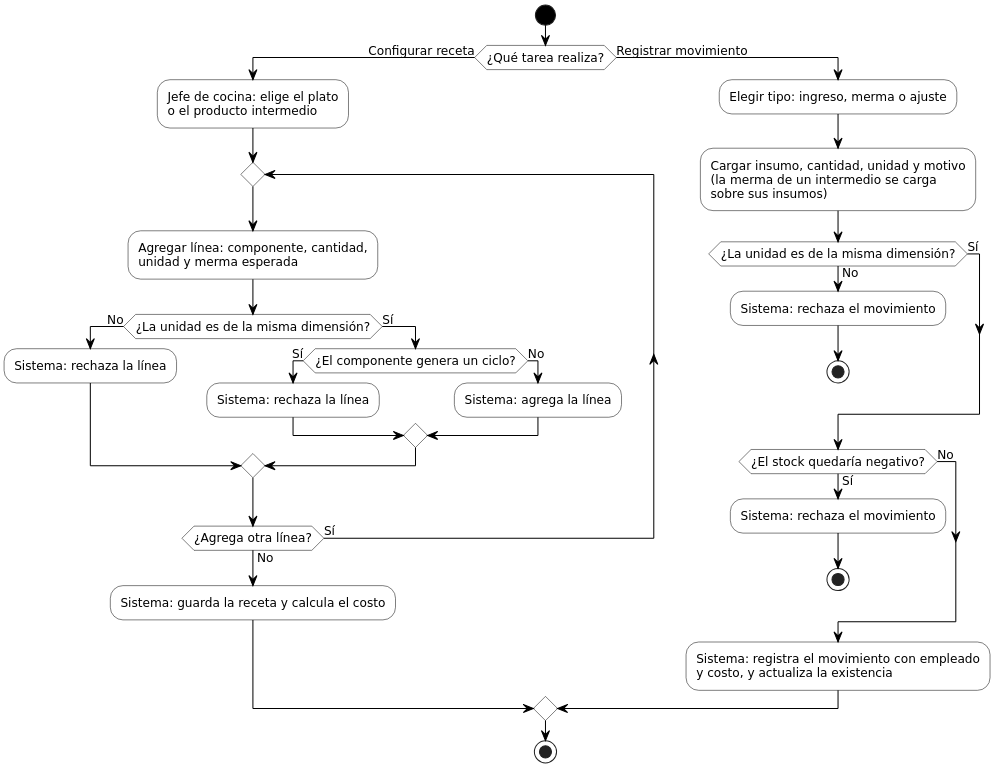
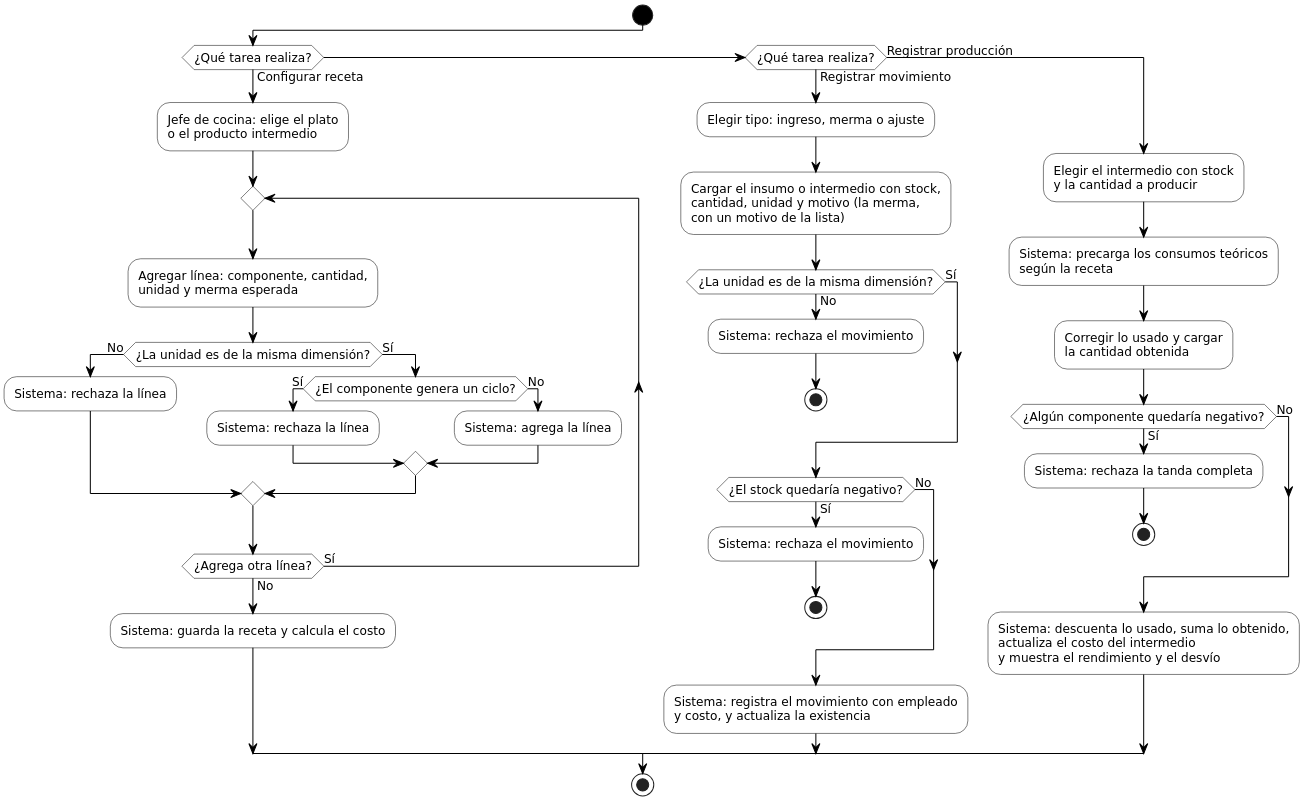
One commit to GabrielLigresti/TFG-PGIM changed the diagram in docs/modelos/actividad/4-gestion-de-stock/v1/act-4-gestion-de-stock-v1.puml. Above: the diagram before and after it, drawn with PlantUML. The commit also changed 26 other files, not shown here.

Commit message:
Agregar los intermedios con stock, las tandas de producción y el motivo de merma en los modelos

```diff
--- a/docs/modelos/actividad/4-gestion-de-stock/v1/act-4-gestion-de-stock-v1.puml
+++ b/docs/modelos/actividad/4-gestion-de-stock/v1/act-4-gestion-de-stock-v1.puml
@@ -1,55 +1,70 @@
 @startuml act-4-gestion-de-stock-v1
 ' Diagrama de actividades, formato Vialia: sin carriles (el actor va en el texto),
 ' acciones blancas con borde negro, decisiones Sí/No. El marco se agrega al exportar.
 skinparam dpi 220
 skinparam defaultFontName DejaVu Sans
 skinparam defaultFontSize 12
 skinparam shadowing false
 skinparam ArrowColor #000000
 skinparam activity {
   BackgroundColor #FFFFFF
   BorderColor #000000
   DiamondBackgroundColor #FFFFFF
   DiamondBorderColor #000000
   StartColor #000000
   EndColor #000000
 }
 
 start
 if (¿Qué tarea realiza?) then (Configurar receta)
   :Jefe de cocina: elige el plato
   o el producto intermedio;
   repeat
     :Agregar línea: componente, cantidad,
     unidad y merma esperada;
     if (¿La unidad es de la misma dimensión?) then (No)
       :Sistema: rechaza la línea;
     else (Sí)
       if (¿El componente genera un ciclo?) then (Sí)
         :Sistema: rechaza la línea;
       else (No)
         :Sistema: agrega la línea;
       endif
     endif
   repeat while (¿Agrega otra línea?) is (Sí) not (No)
   :Sistema: guarda la receta y calcula el costo;
-else (Registrar movimiento)
+elseif (¿Qué tarea realiza?) then (Registrar movimiento)
   :Elegir tipo: ingreso, merma o ajuste;
-  :Cargar insumo, cantidad, unidad y motivo
-  (la merma de un intermedio se carga
-  sobre sus insumos);
+  :Cargar el insumo o intermedio con stock,
+  cantidad, unidad y motivo (la merma,
+  con un motivo de la lista);
   if (¿La unidad es de la misma dimensión?) then (No)
     :Sistema: rechaza el movimiento;
     stop
   else (Sí)
   endif
   if (¿El stock quedaría negativo?) then (Sí)
     :Sistema: rechaza el movimiento;
     stop
   else (No)
   endif
   :Sistema: registra el movimiento con empleado
   y costo, y actualiza la existencia;
+else (Registrar producción)
+  :Elegir el intermedio con stock
+  y la cantidad a producir;
+  :Sistema: precarga los consumos teóricos
+  según la receta;
+  :Corregir lo usado y cargar
+  la cantidad obtenida;
+  if (¿Algún componente quedaría negativo?) then (Sí)
+    :Sistema: rechaza la tanda completa;
+    stop
+  else (No)
+  endif
+  :Sistema: descuenta lo usado, suma lo obtenido,
+  actualiza el costo del intermedio
+  y muestra el rendimiento y el desvío;
 endif
 stop
 @enduml
```
